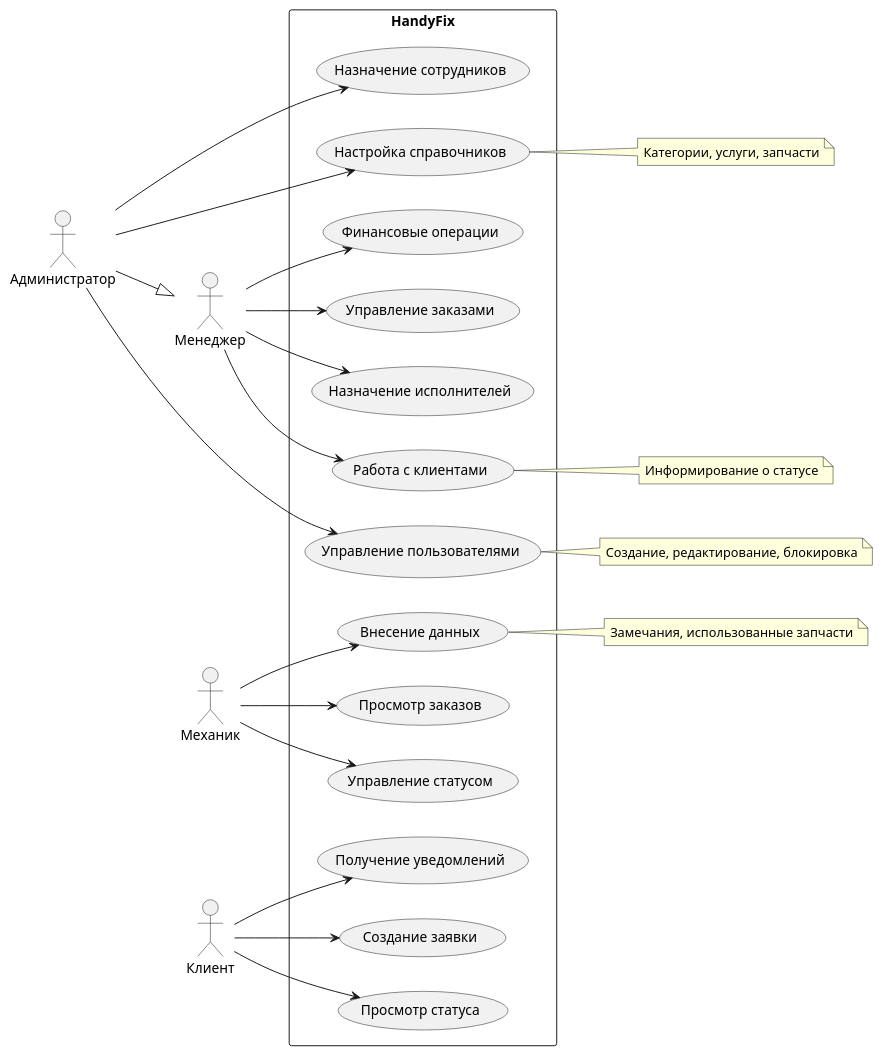
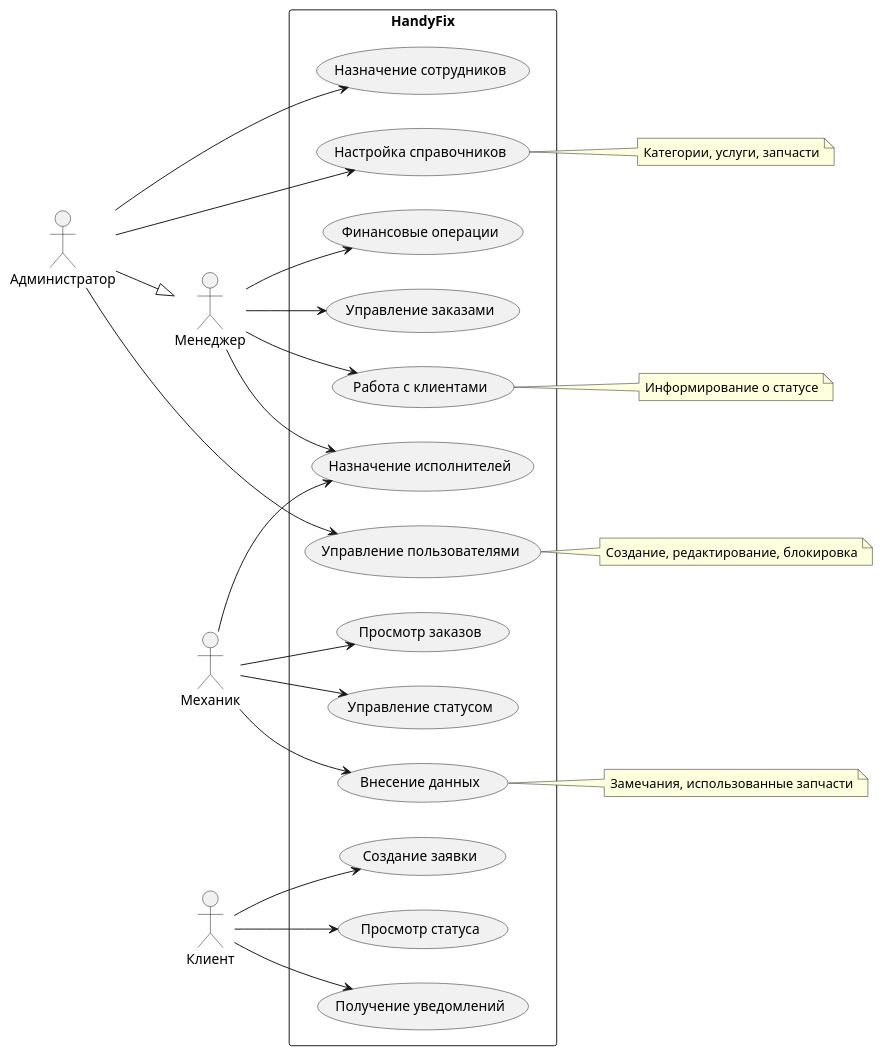
The diagram in docs/code/use-case.puml (9xxdpxx6/HandyFix), drawn with PlantUML before and after one commit. The commit also changed 36 other files, not shown here.

```diff
--- a/docs/code/use-case.puml
+++ b/docs/code/use-case.puml
@@ -1,54 +1,55 @@
 @startuml UseCase_HandyFix
 left to right direction
 skinparam packageStyle rectangle
 
 actor "Менеджер" as manager
 actor "Администратор" as admin
 actor "Механик" as mechanic
 actor "Клиент" as client
 
 rectangle "HandyFix" {
 	usecase "Управление пользователями" as UC1
 	usecase "Назначение сотрудников" as UC2
 	usecase "Настройка справочников" as UC4
 	usecase "Управление заказами" as UC5
 	usecase "Назначение исполнителей" as UC6
 	usecase "Работа с клиентами" as UC7
 	usecase "Финансовые операции" as UC8
 	usecase "Просмотр заказов" as UC9
 	usecase "Управление статусом" as UC10
 	usecase "Внесение данных" as UC11
 	usecase "Создание заявки" as UC12
 	usecase "Просмотр статуса" as UC13
 	usecase "Получение уведомлений" as UC14
 }
 
 admin --|> manager
 
 ' Администратор
 admin --> UC1
 admin --> UC2
 admin --> UC4
 
 ' Менеджер
 manager --> UC5
 manager --> UC6
 manager --> UC7
 manager --> UC8
 
 ' Механик
+mechanic --> UC6
 mechanic --> UC9
 mechanic --> UC10
 mechanic --> UC11
 
 ' Клиент
 client --> UC12
 client --> UC13
 client --> UC14
 
 note right of UC1 : Создание, редактирование, блокировка
 note right of UC4 : Категории, услуги, запчасти
 note right of UC7 : Информирование о статусе
 note right of UC11 : Замечания, использованные запчасти
 
 @enduml
```
